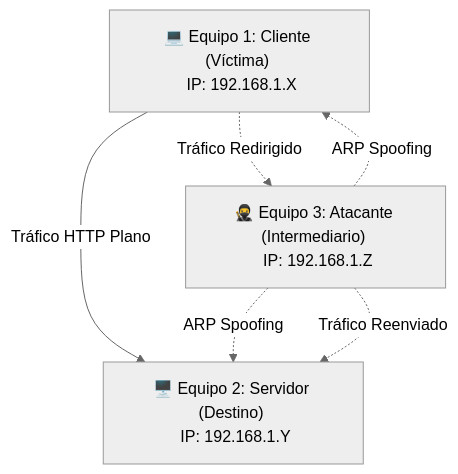
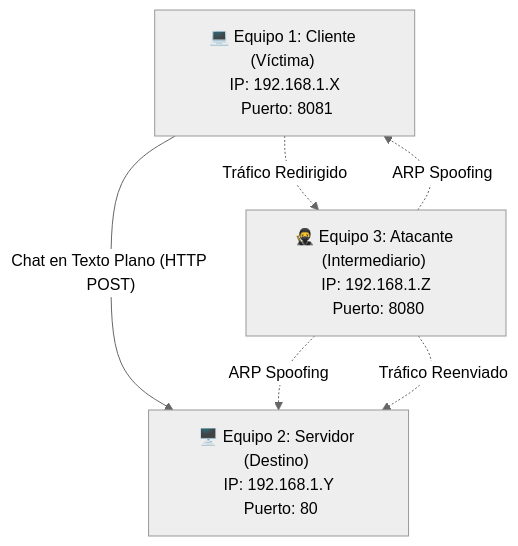
One commit to Maxxow/ARP changed the diagram in README.md. Above: the diagram before and after it, drawn with Mermaid (neutral theme). The commit also changed other lines of this file and 8 other files, not shown here.

````diff
--- a/README.md
+++ b/README.md
@@ -19,7 +21,7 @@
 ```mermaid
 graph TD
-    Client["💻 Equipo 1: Cliente (Víctima) <br> IP: 192.168.1.X"] -- "Tráfico HTTP Plano" --> Server["🖥️ Equipo 2: Servidor (Destino) <br> IP: 192.168.1.Y"]
-    Attacker["🥷 Equipo 3: Atacante (Intermediario) <br> IP: 192.168.1.Z"] -. "ARP Spoofing" .-> Client
+    Client["💻 Equipo 1: Cliente (Víctima) <br> IP: 192.168.1.X <br> Puerto: 8081"] -- "Chat en Texto Plano (HTTP POST)" --> Server["🖥️ Equipo 2: Servidor (Destino) <br> IP: 192.168.1.Y <br> Puerto: 80"]
+    Attacker["🥷 Equipo 3: Atacante (Intermediario) <br> IP: 192.168.1.Z <br> Puerto: 8080"] -. "ARP Spoofing" .-> Client
     Attacker -. "ARP Spoofing" .-> Server
     Client -. "Tráfico Redirigido" .-> Attacker -. "Tráfico Reenviado" .-> Server
 ```
````
